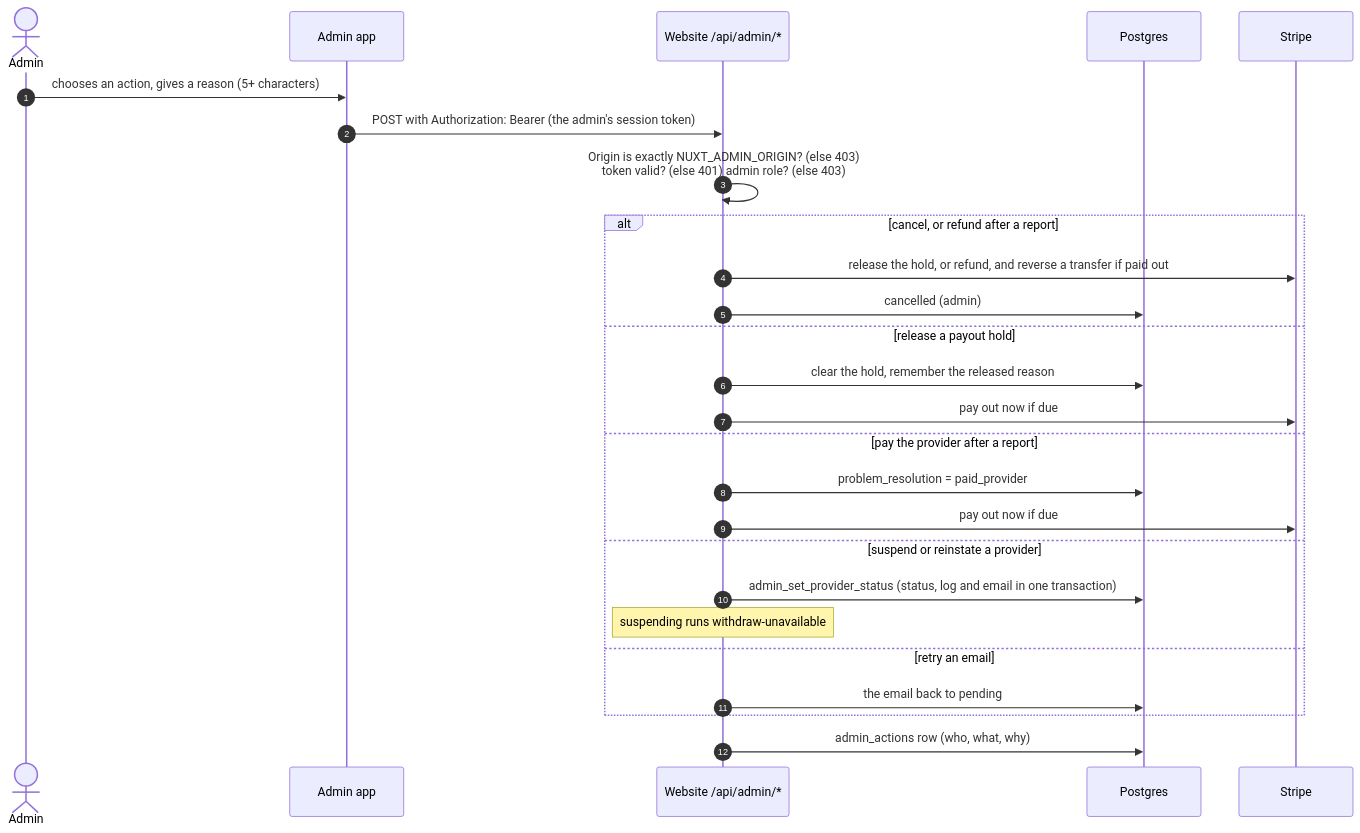
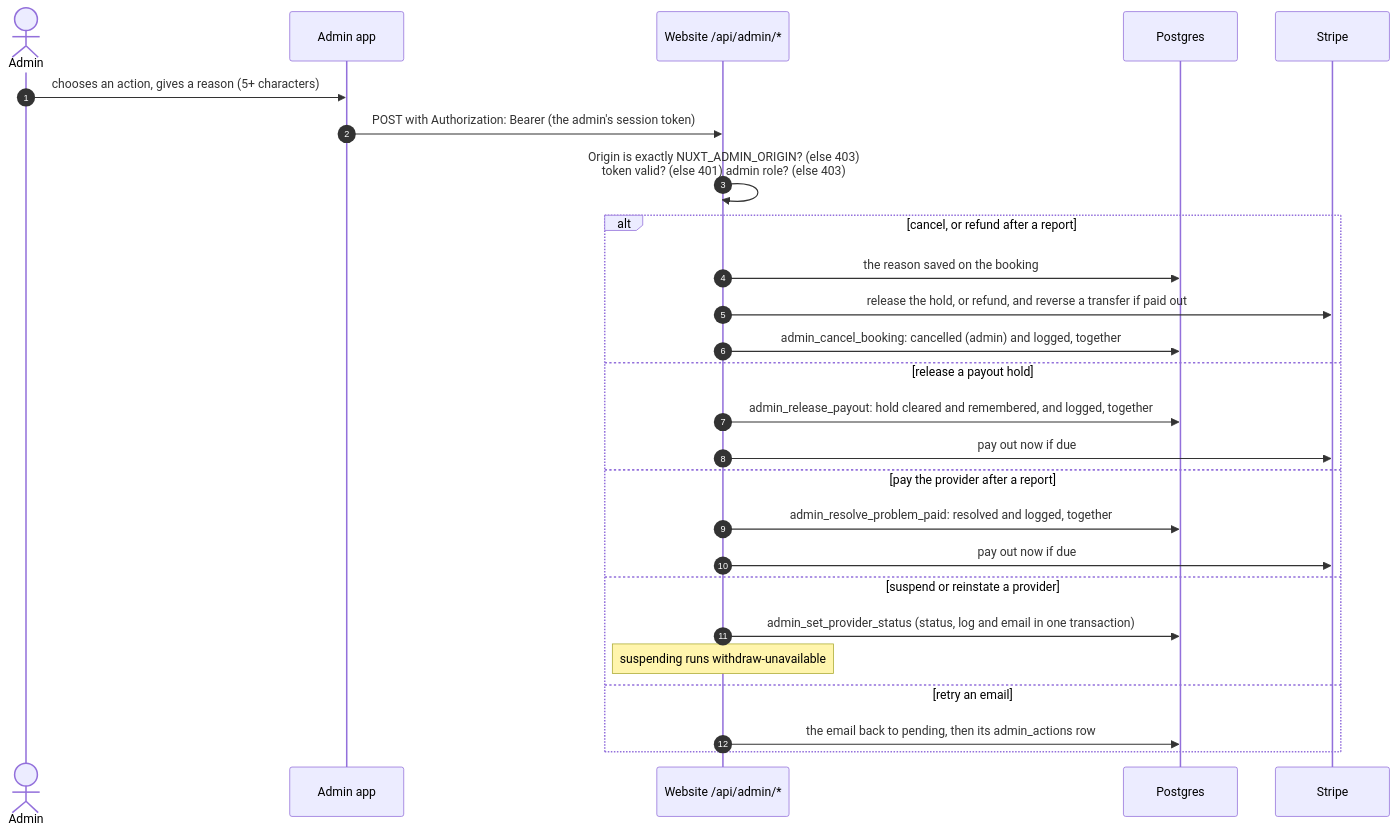
Before and after one commit to danielnedelcu/lokl: the eighth of 10 diagrams in docs/architecture/booking-and-payments.md, drawn with Mermaid. The commit also changed other lines of this file and 23 other files, not shown here.

````diff
--- a/docs/architecture/booking-and-payments.md
+++ b/docs/architecture/booking-and-payments.md
@@ -489,29 +498,29 @@
 ```mermaid
 sequenceDiagram
   autonumber
   actor A as Admin
   participant AA as Admin app
   participant W as Website /api/admin/*
   participant DB as Postgres
   participant S as Stripe
 
   A->>AA: chooses an action, gives a reason (5+ characters)
   AA->>W: POST with Authorization: Bearer (the admin's session token)
   W->>W: Origin is exactly NUXT_ADMIN_ORIGIN? (else 403)<br/>token valid? (else 401) admin role? (else 403)
   alt cancel, or refund after a report
+    W->>DB: the reason saved on the booking
     W->>S: release the hold, or refund, and reverse a transfer if paid out
-    W->>DB: cancelled (admin)
+    W->>DB: admin_cancel_booking: cancelled (admin) and logged, together
   else release a payout hold
-    W->>DB: clear the hold, remember the released reason
+    W->>DB: admin_release_payout: hold cleared and remembered, and logged, together
     W->>S: pay out now if due
   else pay the provider after a report
-    W->>DB: problem_resolution = paid_provider
+    W->>DB: admin_resolve_problem_paid: resolved and logged, together
     W->>S: pay out now if due
   else suspend or reinstate a provider
     W->>DB: admin_set_provider_status (status, log and email in one transaction)
     Note over W: suspending runs withdraw-unavailable
   else retry an email
-    W->>DB: the email back to pending
+    W->>DB: the email back to pending, then its admin_actions row
   end
-  W->>DB: admin_actions row (who, what, why)
 ```
````
